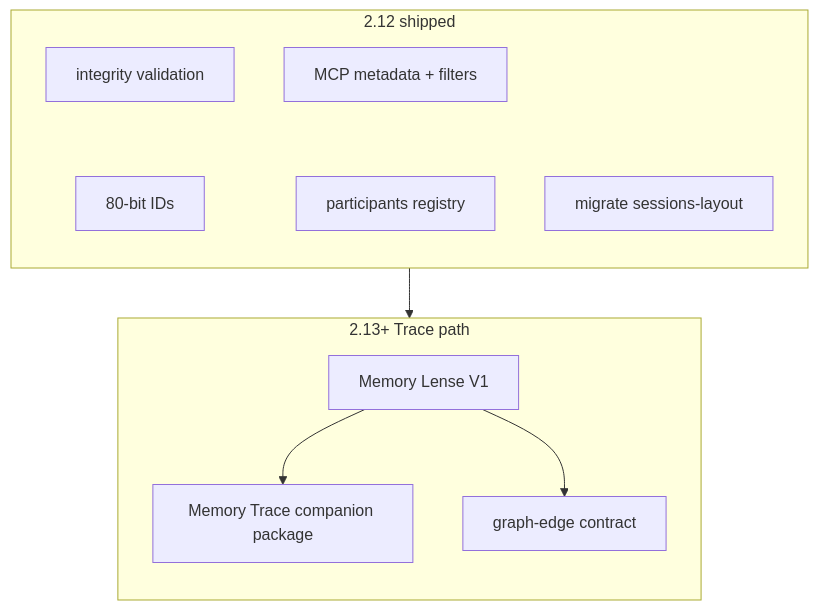
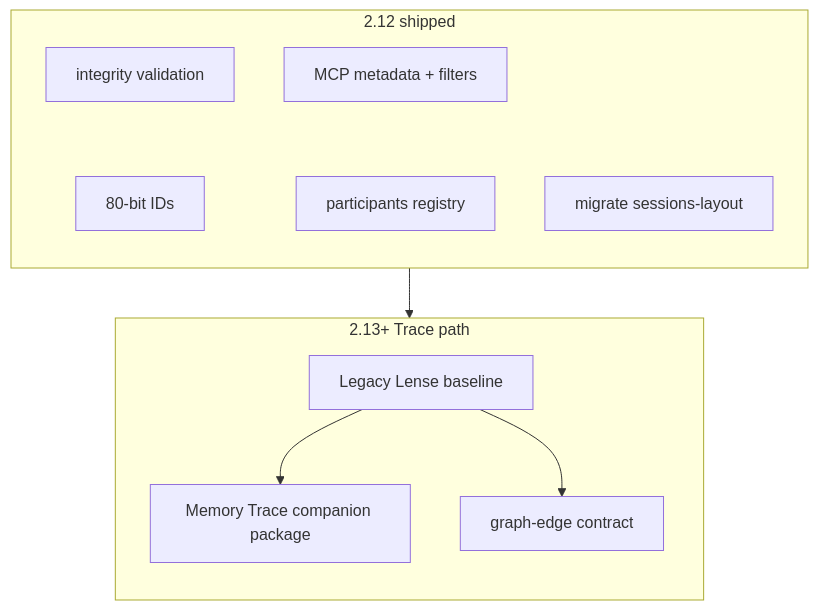
One commit to jnl-tshi/memory-seed changed the diagram in docs/2_Todo/3.0-plan.md. Above: the diagram before and after it, drawn with Mermaid. The commit also changed other lines of this file and 53 other files, not shown here.

````diff
--- a/docs/2_Todo/3.0-plan.md
+++ b/docs/2_Todo/3.0-plan.md
@@ -397,18 +398,18 @@
 ```mermaid
 graph TD
   subgraph Shipped["2.12 shipped"]
     direction TB
     P3["integrity validation"] ~~~ ID["80-bit IDs"]
     P4["MCP metadata + filters"] ~~~ S2["participants registry"]
     P5["migrate sessions-layout"]
   end
 
   subgraph Trace["2.13+ Trace path"]
     direction TB
-    LENSE["Memory Lense V1"] --> DIST["Memory Trace companion package"]
+    LENSE["Legacy Lense baseline"] --> DIST["Memory Trace companion package"]
     LENSE --> GRAPH["graph-edge contract"]
   end
 
   P5 --> LENSE
 
 ```
````
